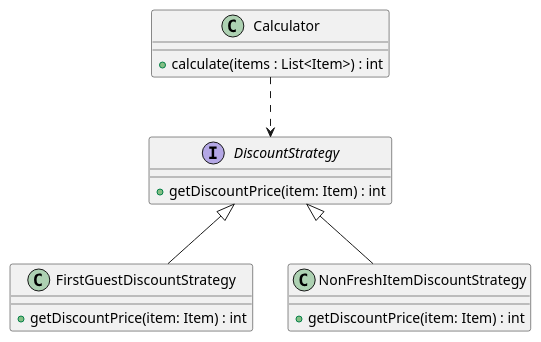
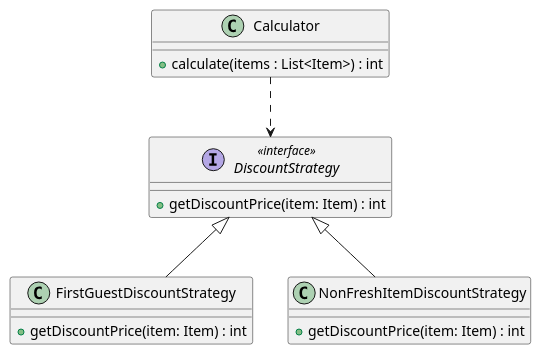
The diagram in uml/strategy.puml (wkdehdlr/TIL), drawn with PlantUML before and after one commit. The commit also changed 1 other file, not shown here.

```diff
--- a/uml/strategy.puml
+++ b/uml/strategy.puml
@@ -1,21 +1,21 @@
 @startuml
 'https://plantuml.com/class-diagram
 
-interface DiscountStrategy {
+interface DiscountStrategy<<interface>> {
 + getDiscountPrice(item: Item) : int
 }
 class Calculator {
 + calculate(items : List<Item>) : int
 }
 class FirstGuestDiscountStrategy {
 + getDiscountPrice(item: Item) : int
 }
 class NonFreshItemDiscountStrategy {
 + getDiscountPrice(item: Item) : int
 }
 
 DiscountStrategy <|-- FirstGuestDiscountStrategy
 DiscountStrategy <|-- NonFreshItemDiscountStrategy
 Calculator ..> DiscountStrategy
 
 @enduml
```
